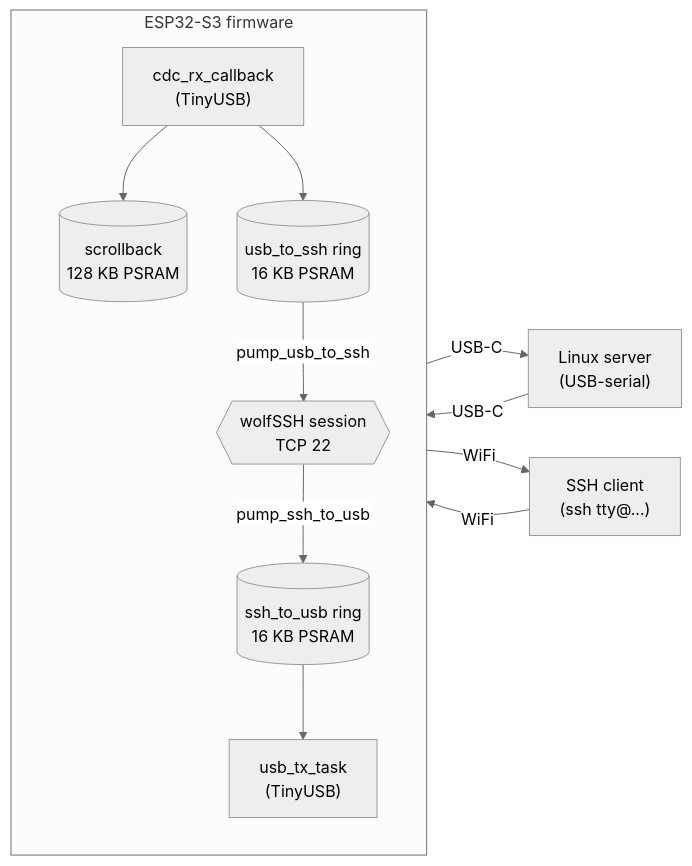
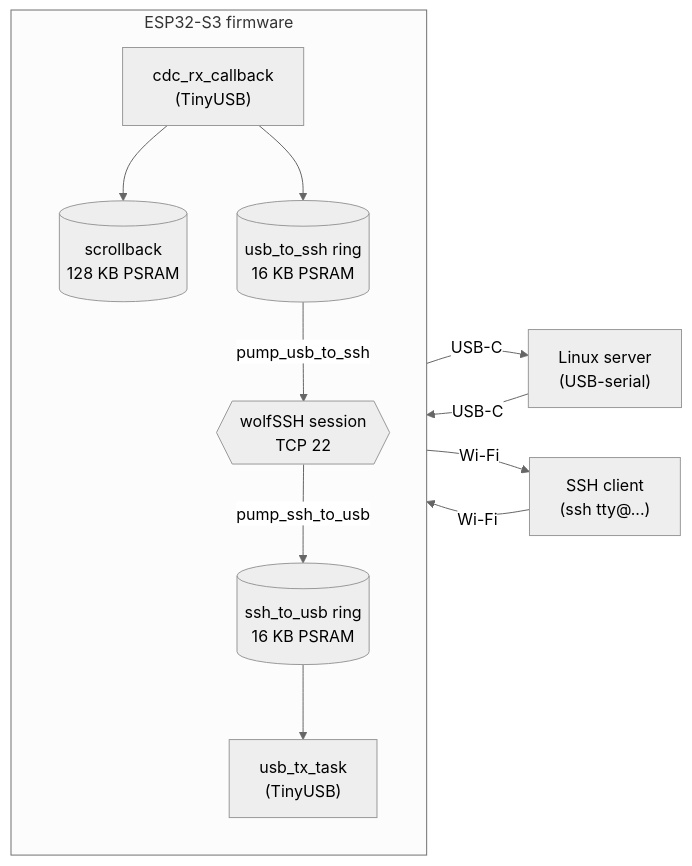
Before and after one commit to alxrxs/esp-tty: the second of 2 diagrams in README.md, drawn with Mermaid (neutral theme). The commit also changed other lines of this file and 16 other files, not shown here.

````diff
--- a/README.md
+++ b/README.md
@@ -387,26 +337,26 @@
 ```mermaid
 flowchart LR
     target["Linux server<br/>(USB-serial)"]
     client["SSH client<br/>(ssh tty@...)"]
 
     subgraph esp["ESP32-S3 firmware"]
         direction TB
         rx["cdc_rx_callback<br/>(TinyUSB)"]
         sb[("scrollback<br/>128 KB PSRAM")]
         u2s[("usb_to_ssh ring<br/>16 KB PSRAM")]
         ssh{{"wolfSSH session<br/>TCP 22"}}
         s2u[("ssh_to_usb ring<br/>16 KB PSRAM")]
         tx["usb_tx_task<br/>(TinyUSB)"]
 
         rx --> sb
         rx --> u2s
         u2s -- "pump_usb_to_ssh" --> ssh
         ssh -- "pump_ssh_to_usb" --> s2u
         s2u --> tx
     end
 
     target -- "USB-C" --> rx
     tx -- "USB-C" --> target
-    ssh -- "WiFi" --> client
-    client -- "WiFi" --> ssh
+    ssh -- "Wi-Fi" --> client
+    client -- "Wi-Fi" --> ssh
 ```
````
